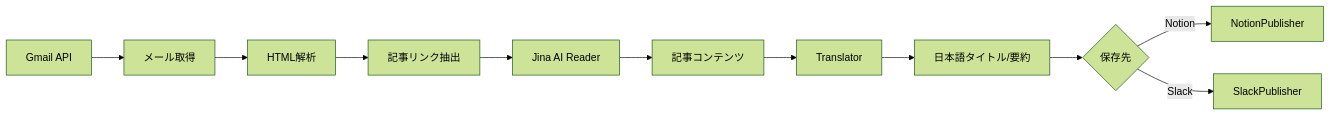
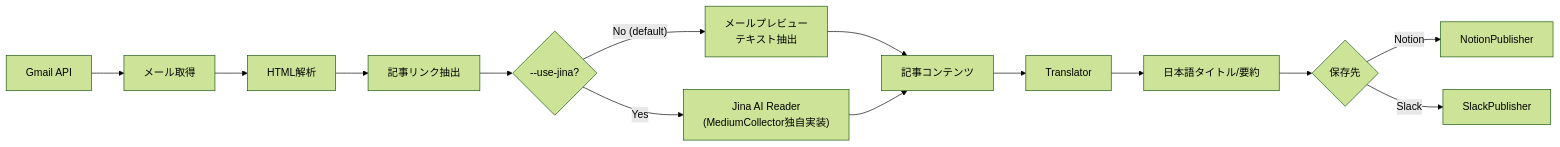
The fourth of 16 diagrams in docs/core/architecture.md (aidotters/minitools), drawn with Mermaid (forest theme) before and after one commit. The commit also changed other lines of this file and 9 other files, not shown here.

````diff
--- a/docs/core/architecture.md
+++ b/docs/core/architecture.md
@@ -275,13 +290,16 @@
 ```mermaid
 flowchart LR
     A["Gmail API"] --> B["メール取得"]
     B --> C["HTML解析"]
     C --> D["記事リンク抽出"]
-    D --> E["Jina AI Reader"]
-    E --> F["記事コンテンツ"]
+    D --> M{"--use-jina?"}
+    M -->|"No (default)"| P["メールプレビュー\nテキスト抽出"]
+    M -->|"Yes"| E["Jina AI Reader\n(MediumCollector独自実装)"]
+    P --> F["記事コンテンツ"]
+    E --> F
     F --> G["Translator"]
     G --> H["日本語タイトル/要約"]
     H --> I{"保存先"}
     I -->|Notion| J["NotionPublisher"]
     I -->|Slack| K["SlackPublisher"]
 ```
````
